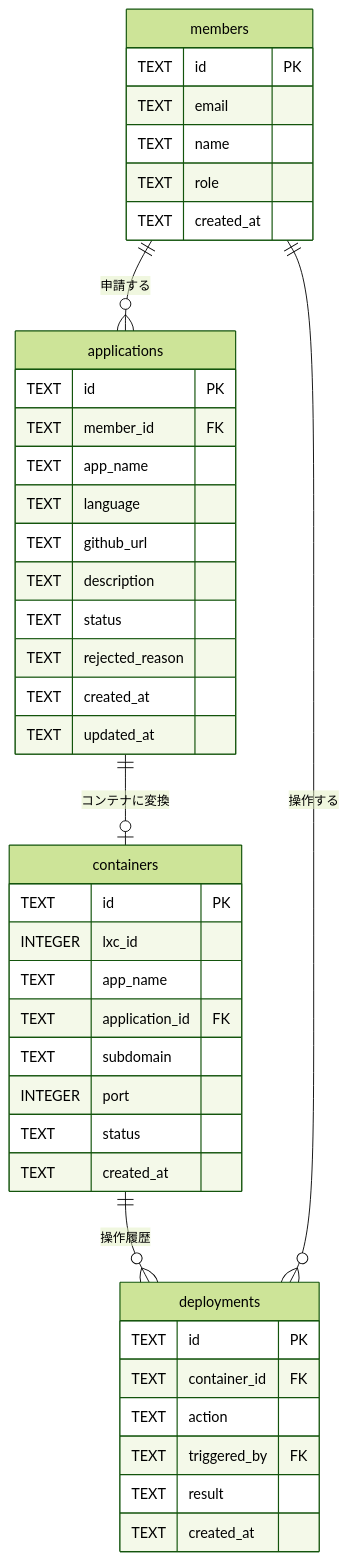
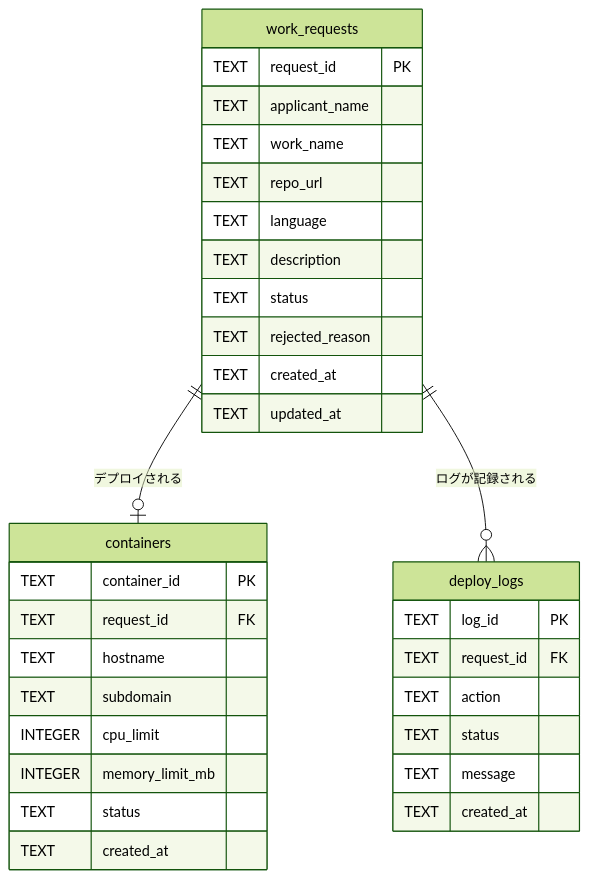
The first of 2 diagrams in docs/05_erd.md (Yanai1005/jyogiverse), drawn with Mermaid (forest theme) before and after one commit. The commit also changed other lines of this file and 8 other files, not shown here.

````diff
--- a/docs/05_erd.md
+++ b/docs/05_erd.md
@@ -31,49 +29,39 @@
 ```mermaid
 erDiagram
 
-    members {
-        TEXT id PK
-        TEXT email
-        TEXT name
-        TEXT role
-        TEXT created_at
-    }
-
-    applications {
-        TEXT id PK
-        TEXT member_id FK
-        TEXT app_name
+    work_requests {
+        TEXT request_id PK
+        TEXT applicant_name
+        TEXT work_name
+        TEXT repo_url
         TEXT language
-        TEXT github_url
         TEXT description
         TEXT status
         TEXT rejected_reason
         TEXT created_at
         TEXT updated_at
     }
 
     containers {
-        TEXT id PK
-        INTEGER lxc_id
-        TEXT app_name
-        TEXT application_id FK
+        TEXT container_id PK
+        TEXT request_id FK
+        TEXT hostname
         TEXT subdomain
-        INTEGER port
+        INTEGER cpu_limit
+        INTEGER memory_limit_mb
         TEXT status
         TEXT created_at
     }
 
-    deployments {
-        TEXT id PK
-        TEXT container_id FK
+    deploy_logs {
+        TEXT log_id PK
+        TEXT request_id FK
         TEXT action
-        TEXT triggered_by FK
-        TEXT result
+        TEXT status
+        TEXT message
         TEXT created_at
     }
 
-    members ||--o{ applications : "申請する"
-    applications ||--o| containers : "コンテナに変換"
-    containers ||--o{ deployments : "操作履歴"
-    members ||--o{ deployments : "操作する"
+    work_requests ||--o| containers : "デプロイされる"
+    work_requests ||--o{ deploy_logs : "ログが記録される"
 ```
````
